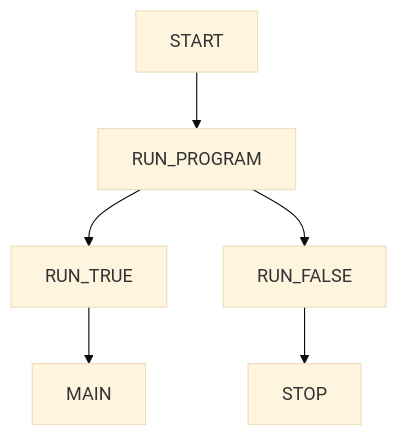
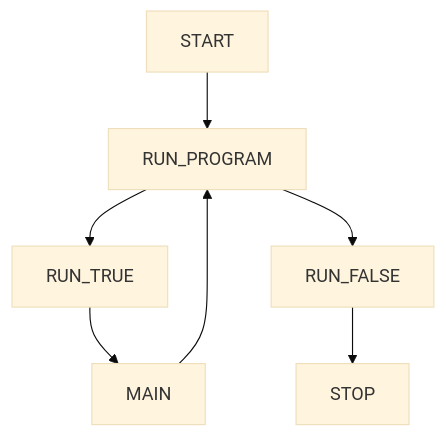
The second of 2 diagrams in foundation.git.markdown.md (carldavidbrownjr/repo1), drawn with Mermaid (base theme) before and after one commit.

````diff
--- a/foundation.git.markdown.md
+++ b/foundation.git.markdown.md
@@ -22,8 +22,9 @@
 ```mermaid
 graph TD;
   START-->RUN_PROGRAM;
   RUN_PROGRAM-->RUN_TRUE;
   RUN_PROGRAM-->RUN_FALSE; 
   RUN_FALSE-->STOP;
   RUN_TRUE-->MAIN;
+  MAIN-->RUN_PROGRAM;
 ```
````
